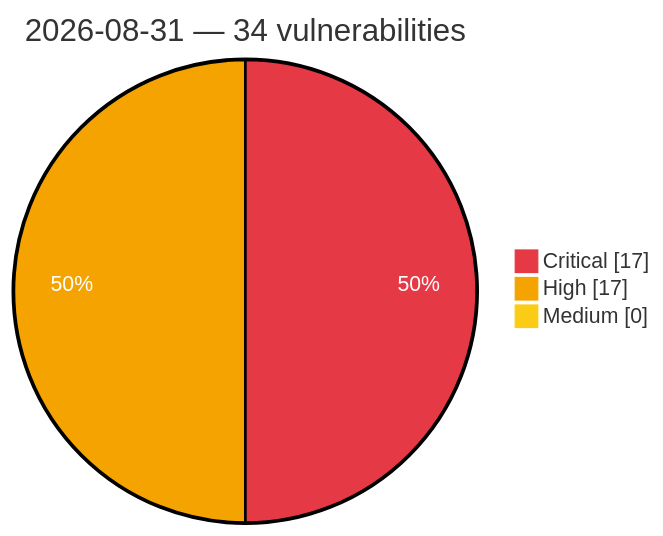
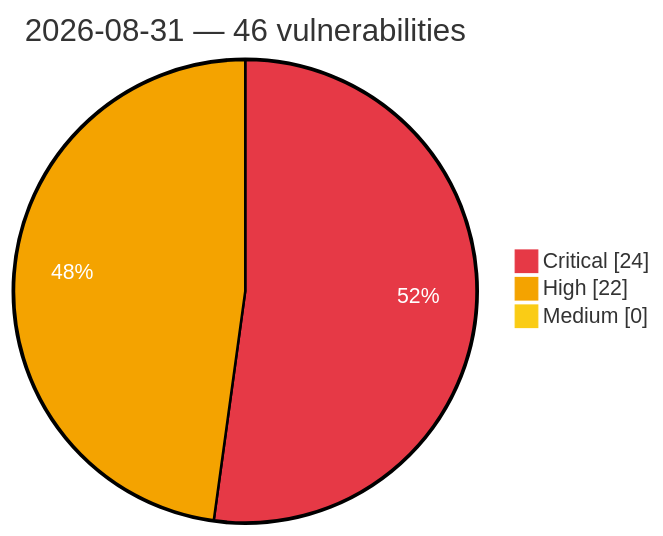
The diagram in vulnerabilities/2026/August/2026-08-31.md (GhostX0X/vuln-tracker), drawn with Mermaid before and after one commit. The commit also changed other lines of this file and 5 other files, not shown here.

Commit message:
Auto update: critical/high vulns (2026-08-31 22:02 UTC)

````diff
--- a/vulnerabilities/2026/August/2026-08-31.md
+++ b/vulnerabilities/2026/August/2026-08-31.md
@@ -3,8 +3,8 @@
 ```mermaid
 %%{init: {'theme':'base', 'themeVariables': {'pie1':'#e63946', 'pie2':'#f4a300', 'pie3':'#facc15', 'pieOpacity':'1', 'pieOuterStrokeWidth':'2px', 'pieSectionTextColor':'#ffffff'}}}%%
 pie showData
-    title 2026-08-31 — 34 vulnerabilities
-    "Critical" : 17
-    "High" : 17
+    title 2026-08-31 — 46 vulnerabilities
+    "Critical" : 24
+    "High" : 22
     "Medium" : 0
 ```
````
